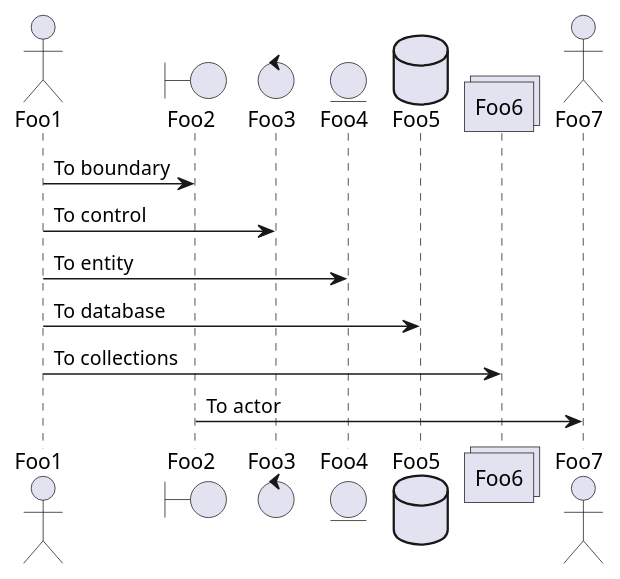
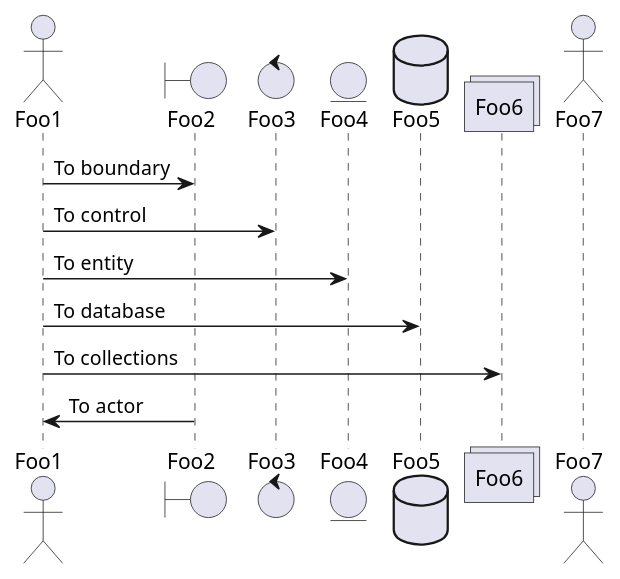
The diagram in example.md (yoshida-m-3/generate-plantuml), drawn with PlantUML before and after one commit.

````diff
--- a/example.md
+++ b/example.md
@@ -1,17 +1,17 @@
 ```plantuml:md-sample-sequence
 @startuml
 actor Foo1
 boundary Foo2
 control Foo3
 entity Foo4
 database Foo5
 collections Foo6
 actor Foo7
 Foo1 -> Foo2 : To boundary
 Foo1 -> Foo3 : To control
 Foo1 -> Foo4 : To entity
 Foo1 -> Foo5 : To database
 Foo1 -> Foo6 : To collections
-Foo2 -> Foo7 : To actor
+Foo2 -> Foo1 : To actor
 @enduml
 ```
````
